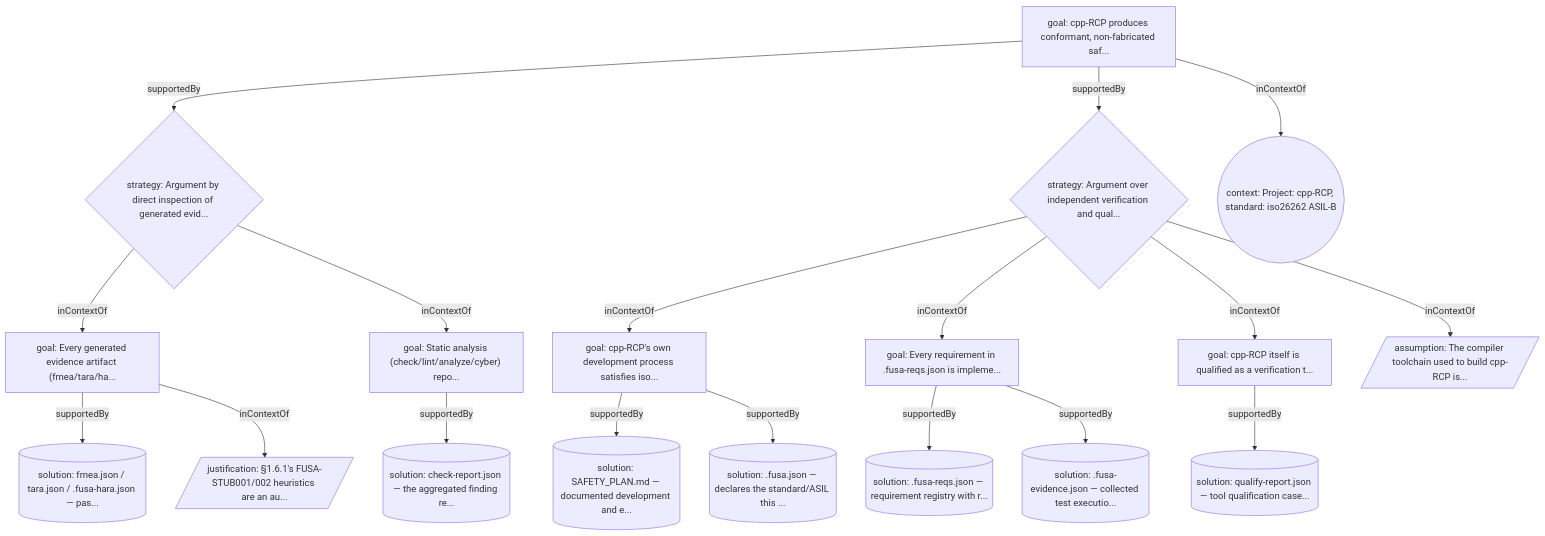
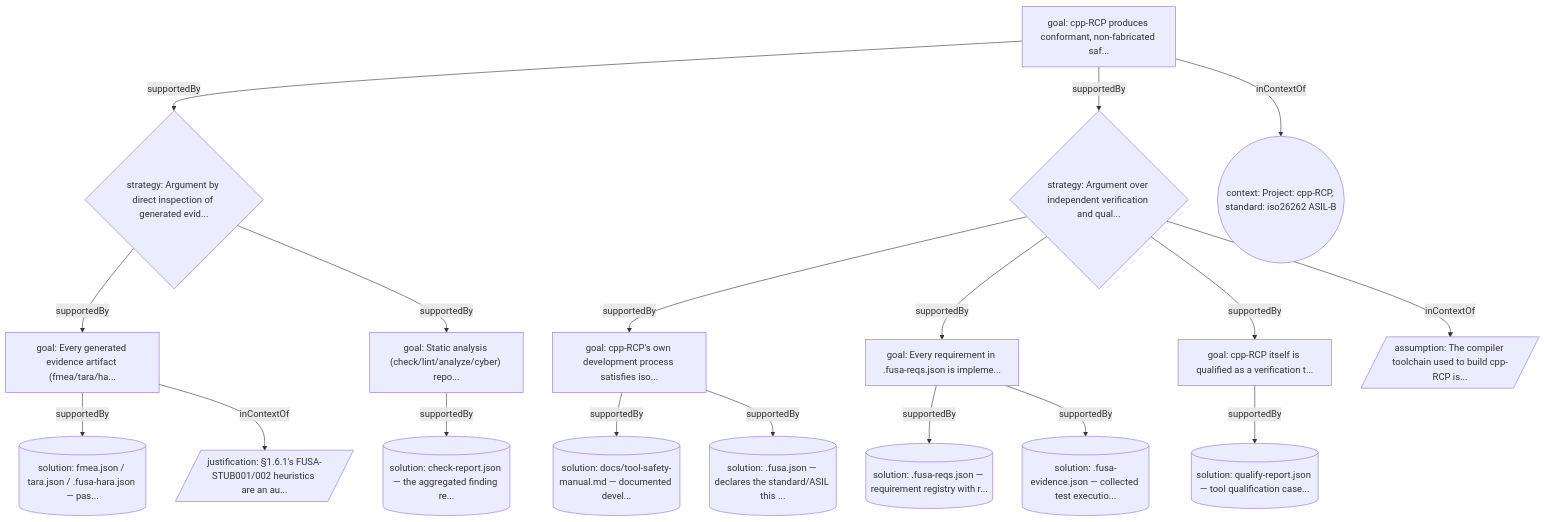
Before and after one commit to SoundMatt/cpp-RCP: the diagram in safety-case.mermaid, drawn with Mermaid. The commit also changed 20 other files, not shown here.

```diff
--- a/safety-case.mermaid
+++ b/safety-case.mermaid
@@ -1,37 +1,37 @@
 graph TD
 %% cpp-FuSa Safety Case GSN — cpp-RCP
   G1["goal: cpp-RCP produces conformant, non-fabricated saf..."]
   G2["goal: cpp-RCP's own development process satisfies iso..."]
   G3["goal: Every generated evidence artifact (fmea/tara/ha..."]
   G4["goal: Every requirement in .fusa-reqs.json is impleme..."]
   G5["goal: Static analysis (check/lint/analyze/cyber) repo..."]
   G6["goal: cpp-RCP itself is qualified as a verification t..."]
   St1{"strategy: Argument by direct inspection of generated evid..."}
   St2{"strategy: Argument over independent verification and qual..."}
-  Sn1[("solution: SAFETY_PLAN.md — documented development and e...")]
+  Sn1[("solution: docs/tool-safety-manual.md — documented devel...")]
   Sn2[("solution: .fusa.json — declares the standard/ASIL this ...")]
   Sn3[("solution: .fusa-reqs.json — requirement registry with r...")]
   Sn4[("solution: qualify-report.json — tool qualification case...")]
   Sn5[("solution: .fusa-evidence.json — collected test executio...")]
   Sn6[("solution: check-report.json — the aggregated finding re...")]
   Sn7[("solution: fmea.json / tara.json / .fusa-hara.json — pas...")]
   C1(("context: Project: cpp-RCP, standard: iso26262 ASIL-B"))
   A1[/"assumption: The compiler toolchain used to build cpp-RCP is..."/]
   J1[/"justification: §1.6.1's FUSA-STUB001/002 heuristics are an au..."/]
   G1 -->|"supportedBy"| St1
-  St1 -->|"inContextOf"| G3
-  St1 -->|"inContextOf"| G5
+  St1 -->|"supportedBy"| G3
+  St1 -->|"supportedBy"| G5
   G1 -->|"supportedBy"| St2
-  St2 -->|"inContextOf"| G2
-  St2 -->|"inContextOf"| G4
-  St2 -->|"inContextOf"| G6
+  St2 -->|"supportedBy"| G2
+  St2 -->|"supportedBy"| G4
+  St2 -->|"supportedBy"| G6
   G2 -->|"supportedBy"| Sn1
   G2 -->|"supportedBy"| Sn2
   G4 -->|"supportedBy"| Sn3
   G4 -->|"supportedBy"| Sn5
   G5 -->|"supportedBy"| Sn6
   G6 -->|"supportedBy"| Sn4
   G3 -->|"supportedBy"| Sn7
   G1 -->|"inContextOf"| C1
   St2 -->|"inContextOf"| A1
   G3 -->|"inContextOf"| J1
```
